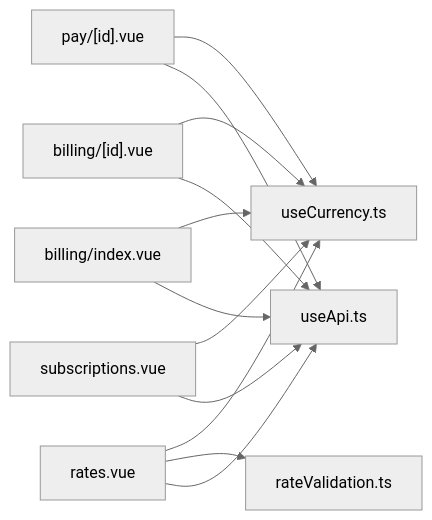
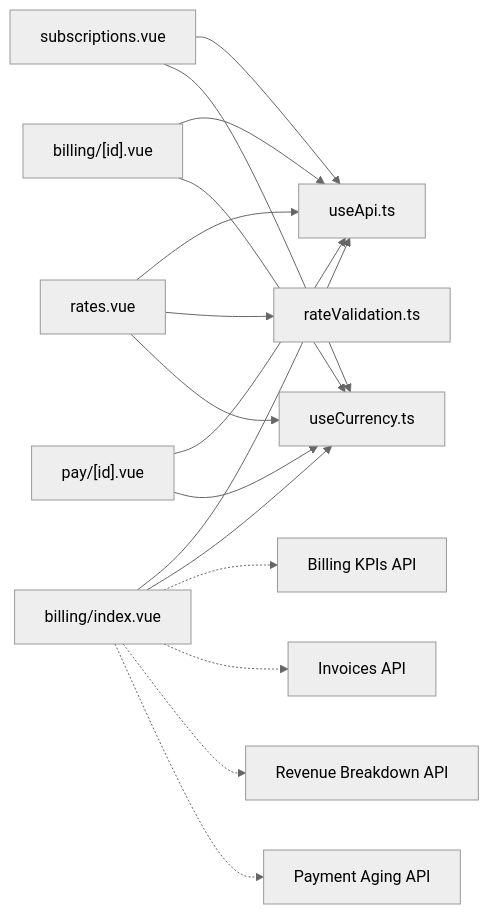
The fourth of 4 diagrams in .qoder/repowiki/en/content/Business Modules/Billing & Subscriptions.md (Lazynerd-Studios/lacarte-atlas-console), drawn with Mermaid (neutral theme) before and after one commit. The commit also changed other lines of this file and 13 other files, not shown here.

````diff
--- a/.qoder/repowiki/en/content/Business Modules/Billing & Subscriptions.md
+++ b/.qoder/repowiki/en/content/Business Modules/Billing & Subscriptions.md
@@ -283,14 +319,18 @@
 ```mermaid
 graph LR
 SubPlans["subscriptions.vue"] --> Api["useApi.ts"]
 Rates["rates.vue"] --> Api
 Billing["billing/index.vue"] --> Api
 InvoiceDetail["billing/[id].vue"] --> Api
 PayPortal["pay/[id].vue"] --> Api
 Rates --> Validation["rateValidation.ts"]
 SubPlans --> Currency["useCurrency.ts"]
 Rates --> Currency
 Billing --> Currency
 InvoiceDetail --> Currency
 PayPortal --> Currency
+Billing -.-> KPIs["Billing KPIs API"]
+Billing -.-> Invoices["Invoices API"]
+Billing -.-> Revenue["Revenue Breakdown API"]
+Billing -.-> Aging["Payment Aging API"]
 ```
````
